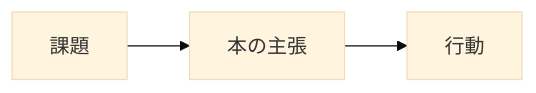
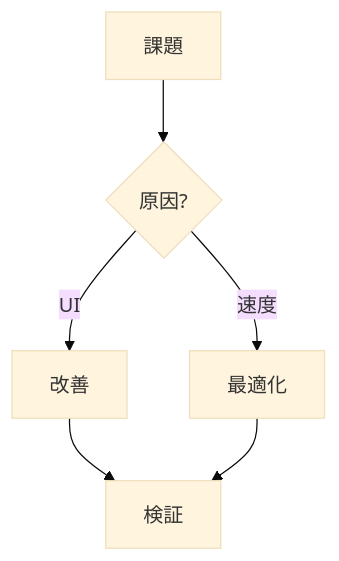
Before and after one commit to tarou652/cluade-purezen: the diagram in slides.md, drawn with Mermaid (base theme). The commit also changed other lines of this file and 9 other files, not shown here.

````diff
--- a/slides.md
+++ b/slides.md
@@ -57,5 +387,8 @@
 ```mermaid
-flowchart LR
-  A[課題] --> B[本の主張]
-  B --> C[行動]
+flowchart TD
+  A[課題] --> B{原因?}
+  B -->|UI| C[改善]
+  B -->|速度| D[最適化]
+  C --> E[検証]
+  D --> E
 ```
````
